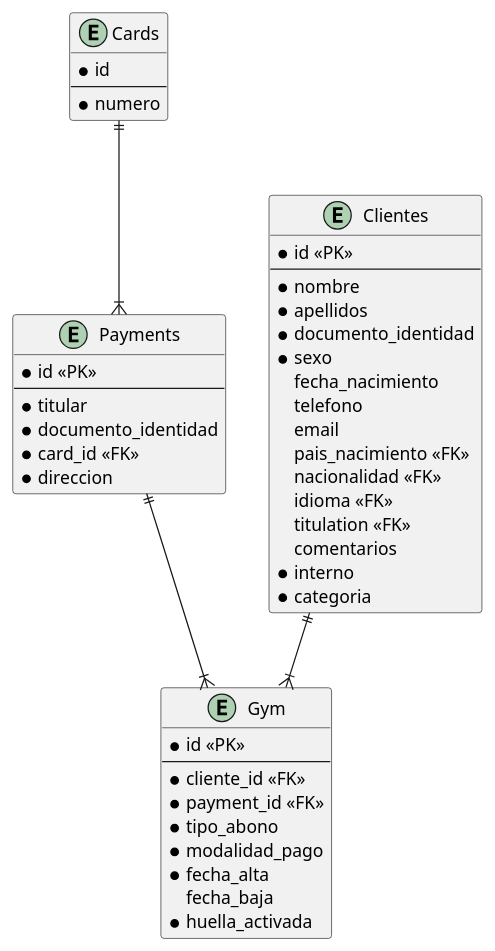
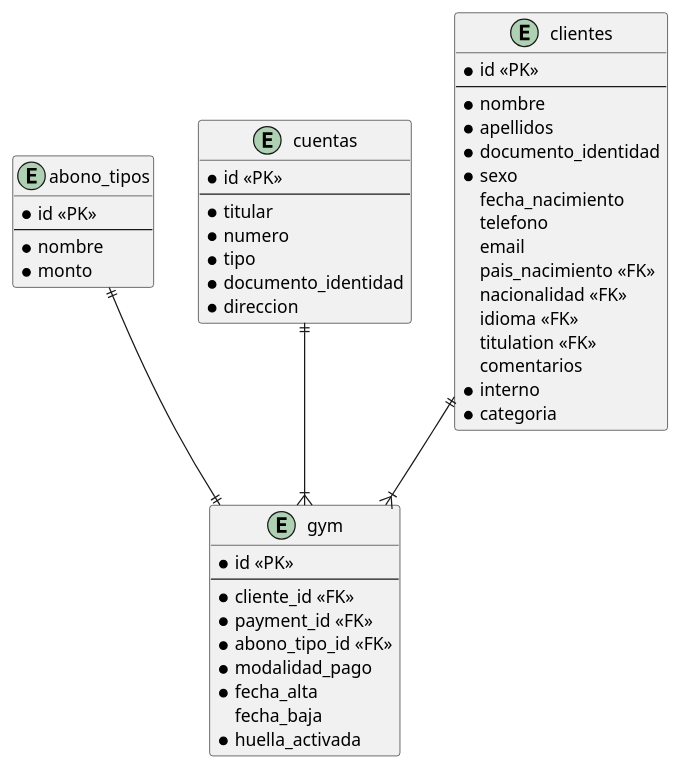
Before and after one commit to josueMerino/TFG-Docs: the diagram in gimnasio/diagramaLogicoBD.plantuml, drawn with PlantUML. The commit also changed 1 other file, not shown here.

Commit message:
database changes to diagram

```diff
--- a/gimnasio/diagramaLogicoBD.plantuml
+++ b/gimnasio/diagramaLogicoBD.plantuml
@@ -1,52 +1,56 @@
 @startuml
-entity Gym{
+
+entity abono_tipos{
+  *id <<PK>>
+  --
+  *nombre
+  *monto
+}
+
+entity gym{
   *id <<PK>>
   --
   *cliente_id <<FK>>
   *payment_id <<FK>>
-  *tipo_abono
+  *abono_tipo_id <<FK>>
   *modalidad_pago
   *fecha_alta
   fecha_baja
   *huella_activada
 }
 
-entity Payments{
+entity cuentas {
  *id <<PK>>
  --
  *titular
+ *numero
+ *tipo
  *documento_identidad
- *card_id <<FK>>
  *direccion
 }
 
-entity Cards {
- *id
- --
- *numero
-}
-
-entity Clientes {
+entity clientes {
   *id <<PK>>
   --
   *nombre
   *apellidos
   *documento_identidad
   *sexo
   fecha_nacimiento
   telefono
   email
   pais_nacimiento <<FK>>
   nacionalidad <<FK>>
   idioma <<FK>>
   titulation <<FK>>
   comentarios
   *interno
   *categoria
 }
 
-Payments ||--|{ Gym
-Cards ||--|{ Payments
-Clientes ||--|{ Gym
+
+cuentas ||--|{ gym
+clientes ||--|{ gym
+abono_tipos ||--|| gym
 
 @enduml
```
